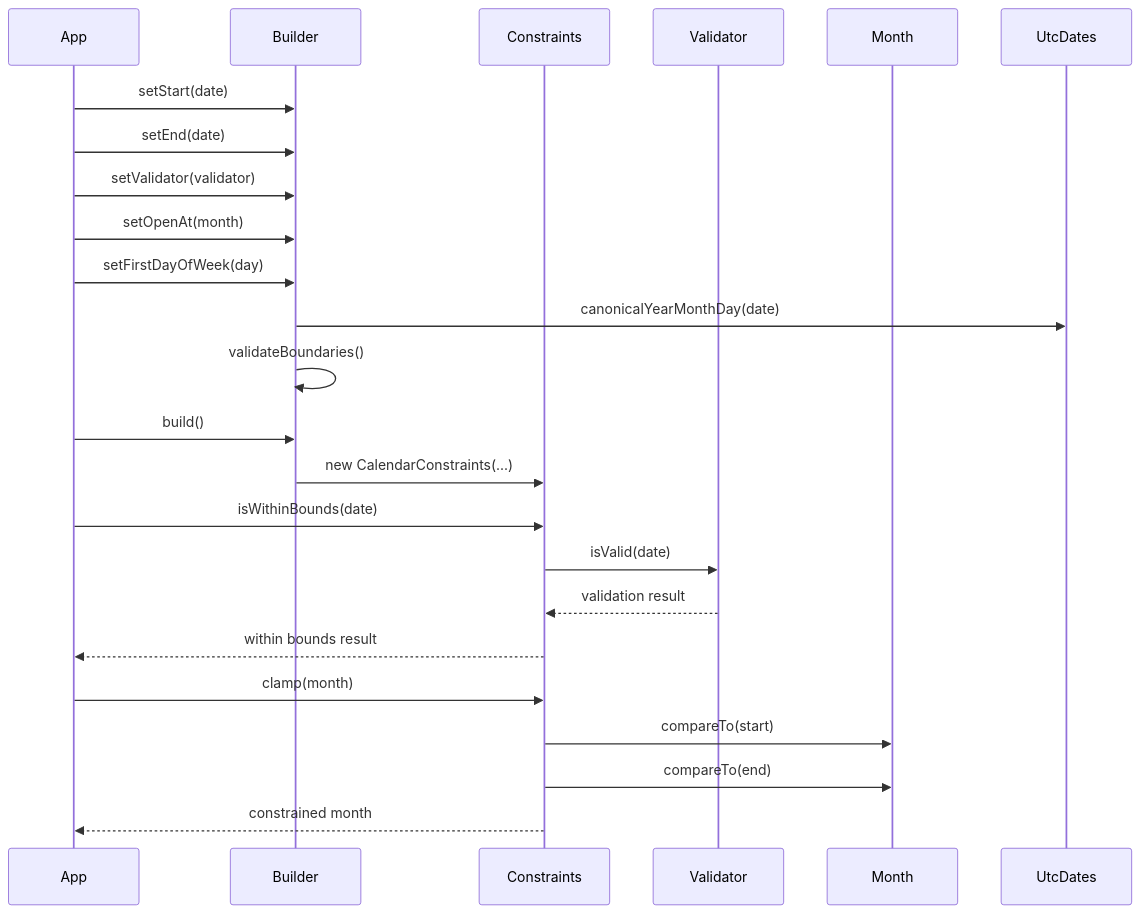
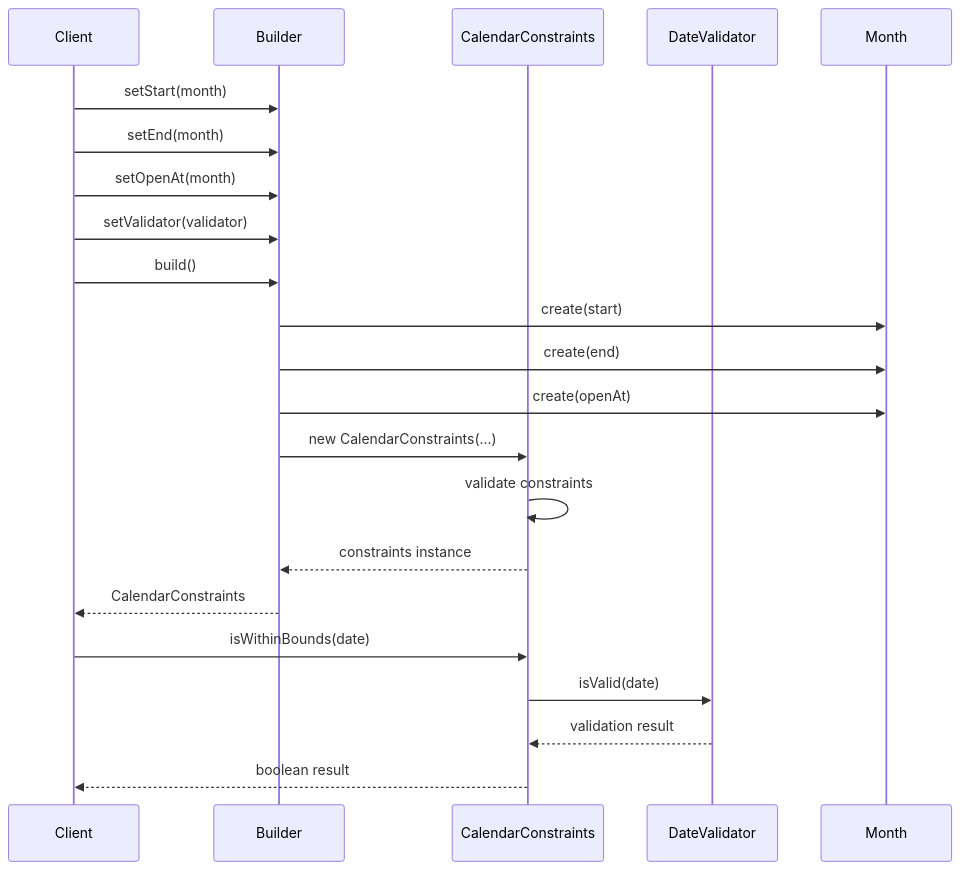
The third of 5 diagrams in docs/material-components--material-components-android-docs/calendar-constraints.md (FSoft-AI4Code/codewiki-demo), drawn with Mermaid before and after one commit. The commit also changed other lines of this file and 1103 other files, not shown here.

````diff
--- a/docs/material-components--material-components-android-docs/calendar-constraints.md
+++ b/docs/material-components--material-components-android-docs/calendar-constraints.md
@@ -67,30 +116,29 @@
 ```mermaid
 sequenceDiagram
-    participant App
+    participant Client
     participant Builder
-    participant Constraints
-    participant Validator
+    participant CalendarConstraints
+    participant DateValidator
     participant Month
     
-    App->>Builder: setStart(date)
-    App->>Builder: setEnd(date)
-    App->>Builder: setValidator(validator)
-    App->>Builder: setOpenAt(month)
-    App->>Builder: setFirstDayOfWeek(day)
+    Client->>Builder: setStart(month)
+    Client->>Builder: setEnd(month)
+    Client->>Builder: setOpenAt(month)
+    Client->>Builder: setValidator(validator)
+    Client->>Builder: build()
     
-    Builder->>UtcDates: canonicalYearMonthDay(date)
-    Builder->>Builder: validateBoundaries()
+    Builder->>Month: create(start)
+    Builder->>Month: create(end)
+    Builder->>Month: create(openAt)
     
-    App->>Builder: build()
-    Builder->>Constraints: new CalendarConstraints(...)
+    Builder->>CalendarConstraints: new CalendarConstraints(...)
+    CalendarConstraints->>CalendarConstraints: validate constraints
     
-    App->>Constraints: isWithinBounds(date)
-    Constraints->>Validator: isValid(date)
-    Validator-->>Constraints: validation result
-    Constraints-->>App: within bounds result
+    CalendarConstraints-->>Builder: constraints instance
+    Builder-->>Client: CalendarConstraints
     
-    App->>Constraints: clamp(month)
-    Constraints->>Month: compareTo(start)
-    Constraints->>Month: compareTo(end)
-    Constraints-->>App: constrained month
+    Client->>CalendarConstraints: isWithinBounds(date)
+    CalendarConstraints->>DateValidator: isValid(date)
+    DateValidator-->>CalendarConstraints: validation result
+    CalendarConstraints-->>Client: boolean result
 ```
````
